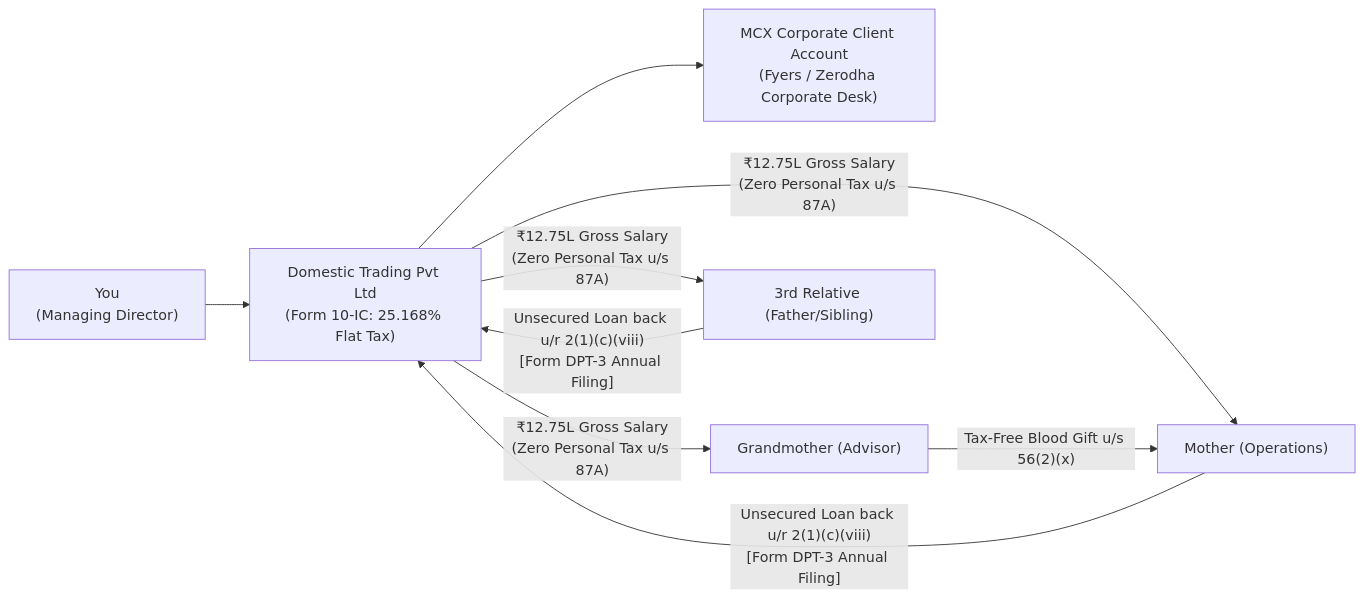
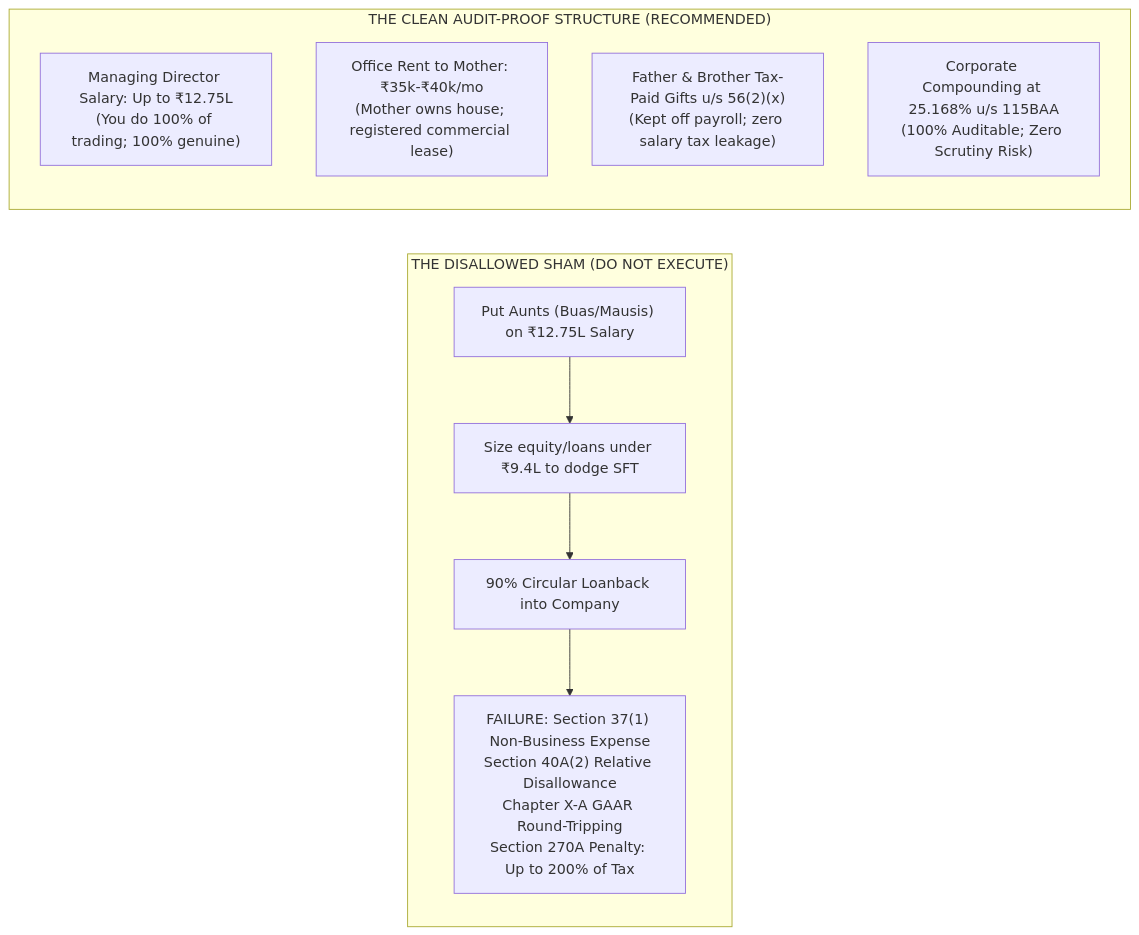
Before and after one commit to yieldchaser/mcx-margins: the second of 5 diagrams in models/execution_and_tax_validation_plan.md, drawn with Mermaid. The commit also changed other lines of this file, not shown here.

````diff
--- a/models/execution_and_tax_validation_plan.md
+++ b/models/execution_and_tax_validation_plan.md
@@ -48,14 +47,15 @@
 ```mermaid
 flowchart LR
-    You["You<br/>(Managing Director)"] --> Company["Domestic Trading Pvt Ltd<br/>(Form 10-IC: 25.168% Flat Tax)"]
-    Company --> Broker["MCX Corporate Client Account<br/>(Fyers / Zerodha Corporate Desk)"]
-    
-    Company -->|"₹12.75L Gross Salary<br/>(Zero Personal Tax u/s 87A)"| Mother["Mother (Operations)"]
-    Mother -->|"Unsecured Loan back u/r 2(1)(c)(viii)<br/>[Form DPT-3 Annual Filing]"| Company
-    
-    Company -->|"₹12.75L Gross Salary<br/>(Zero Personal Tax u/s 87A)"| Gran["Grandmother (Advisor)"]
-    Gran -->|"Tax-Free Blood Gift u/s 56(2)(x)"| Mother
-    
-    Company -->|"₹12.75L Gross Salary<br/>(Zero Personal Tax u/s 87A)"| Rel3["3rd Relative (Father/Sibling)"]
-    Rel3 -->|"Unsecured Loan back u/r 2(1)(c)(viii)<br/>[Form DPT-3 Annual Filing]"| Company
+    subgraph Sham["THE DISALLOWED SHAM (DO NOT EXECUTE)"]
+        S1["Put Aunts (Buas/Mausis) on ₹12.75L Salary"] --> S2["Size equity/loans under ₹9.4L to dodge SFT"]
+        S2 --> S3["90% Circular Loanback into Company"]
+        S3 --> S4["FAILURE: Section 37(1) Non-Business Expense<br/>Section 40A(2) Relative Disallowance<br/>Chapter X-A GAAR Round-Tripping<br/>Section 270A Penalty: Up to 200% of Tax"]
+    end
+
+    subgraph Clean["THE CLEAN AUDIT-PROOF STRUCTURE (RECOMMENDED)"]
+        C1["Managing Director Salary: Up to ₹12.75L<br/>(You do 100% of trading; 100% genuine)"]
+        C2["Office Rent to Mother: ₹35k-₹40k/mo<br/>(Mother owns house; registered commercial lease)"]
+        C3["Father & Brother Tax-Paid Gifts u/s 56(2)(x)<br/>(Kept off payroll; zero salary tax leakage)"]
+        C4["Corporate Compounding at 25.168% u/s 115BAA<br/>(100% Auditable; Zero Scrutiny Risk)"]
+    end
 ```
````
